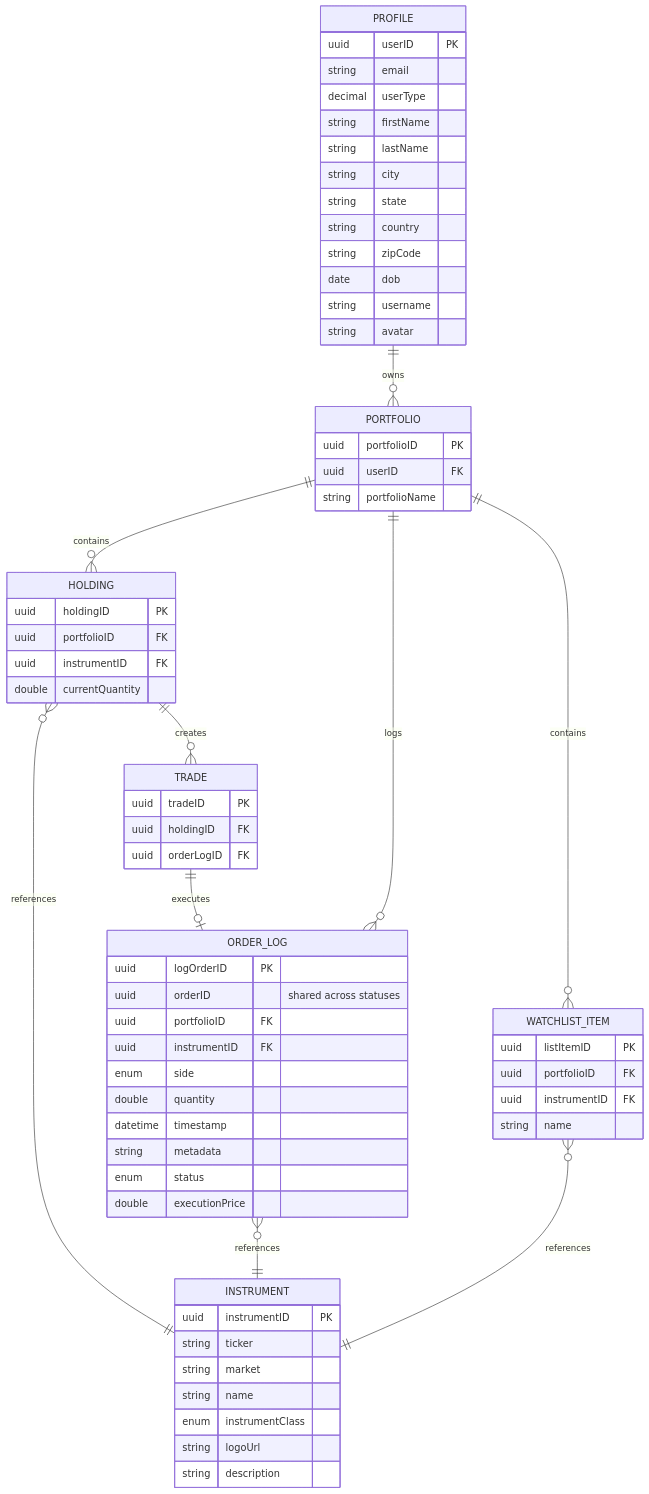
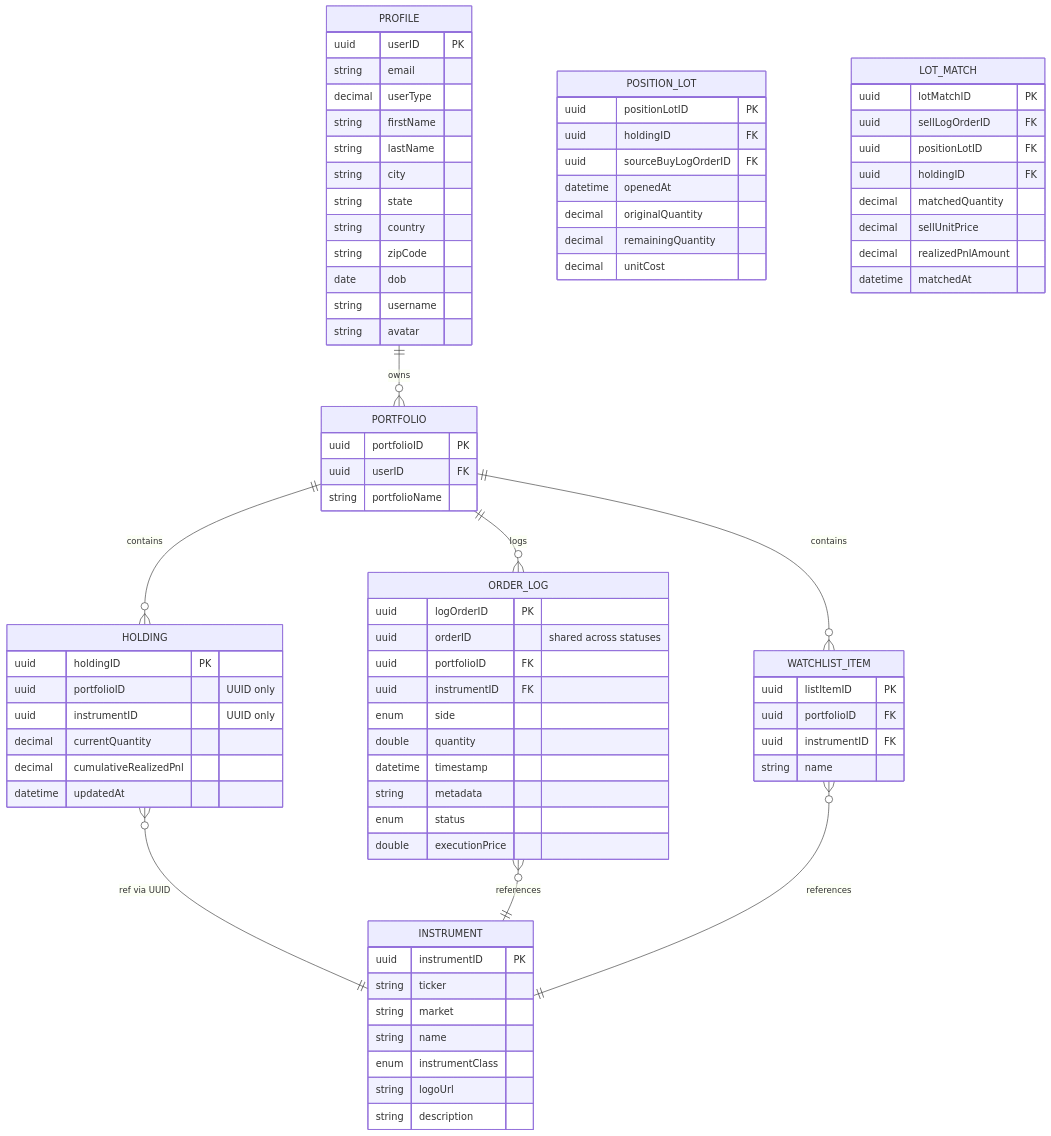
The diagram in backend/src/main/java/io/github/jackhudsonn/jaakd/model/MODEL_DIAGRAM.md (jackhudsonn/JAAKD), drawn with Mermaid before and after one commit. The commit also changed other lines of this file and 46 other files, not shown here.

Commit message:
fix/update backend structure, fifo implementation, user type verification, reconciliation, add tests

````diff
--- a/backend/src/main/java/io/github/jackhudsonn/jaakd/model/MODEL_DIAGRAM.md
+++ b/backend/src/main/java/io/github/jackhudsonn/jaakd/model/MODEL_DIAGRAM.md
@@ -5,76 +7,91 @@
 ```mermaid
 erDiagram
-    PROFILE ||--o{ PORTFOLIO : owns
-    PORTFOLIO ||--o{ HOLDING : contains
-    PORTFOLIO ||--o{ ORDER_LOG : logs
-    PORTFOLIO ||--o{ WATCHLIST_ITEM : contains
-    HOLDING }o--|| INSTRUMENT : "references"
-    ORDER_LOG }o--|| INSTRUMENT : "references"
-    WATCHLIST_ITEM }o--|| INSTRUMENT : "references"
-    HOLDING ||--o{ TRADE : "creates"
-    TRADE ||--o| ORDER_LOG : "executes"
+  PROFILE ||--o{ PORTFOLIO : owns
+  PORTFOLIO ||--o{ HOLDING : contains
+  PORTFOLIO ||--o{ ORDER_LOG : logs
+  PORTFOLIO ||--o{ WATCHLIST_ITEM : contains
+  HOLDING }o--|| INSTRUMENT : "ref via UUID"
+  ORDER_LOG }o--|| INSTRUMENT : "references"
+  WATCHLIST_ITEM }o--|| INSTRUMENT : "references"
 
-    PROFILE {
-        uuid userID PK
-        string email
-        decimal userType
-        string firstName
-        string lastName
-        string city
-        string state
-        string country
-        string zipCode
-        date dob
-        string username
-        string avatar
-    }
+  PROFILE {
+    uuid userID PK
+    string email
+    decimal userType
+    string firstName
+    string lastName
+    string city
+    string state
+    string country
+    string zipCode
+    date dob
+    string username
+    string avatar
+  }
 
-    PORTFOLIO {
-        uuid portfolioID PK
-        uuid userID FK
-        string portfolioName
-    }
+  PORTFOLIO {
+    uuid portfolioID PK
+    uuid userID FK
+    string portfolioName
+  }
 
-    HOLDING {
-        uuid holdingID PK
-        uuid portfolioID FK
-        uuid instrumentID FK
-        double currentQuantity
-    }
+  HOLDING {
+    uuid holdingID PK
+    uuid portfolioID "UUID only"
+    uuid instrumentID "UUID only"
+    decimal currentQuantity
+    decimal cumulativeRealizedPnl
+    datetime updatedAt
+  }
 
-    INSTRUMENT {
-        uuid instrumentID PK
-        string ticker
-        string market
-        string name
-        enum instrumentClass
-        string logoUrl
-        string description
-    }
+  POSITION_LOT {
+    uuid positionLotID PK
+    uuid holdingID FK
+    uuid sourceBuyLogOrderID FK
+    datetime openedAt
+    decimal originalQuantity
+    decimal remainingQuantity
+    decimal unitCost
+  }
 
-    ORDER_LOG {
-        uuid logOrderID PK
-        uuid orderID "shared across statuses"
-        uuid portfolioID FK
-        uuid instrumentID FK
-        enum side
-        double quantity
-        datetime timestamp
-        string metadata
-        enum status
-        double executionPrice
-    }
+  LOT_MATCH {
+    uuid lotMatchID PK
+    uuid sellLogOrderID FK
+    uuid positionLotID FK
+    uuid holdingID FK
+    decimal matchedQuantity
+    decimal sellUnitPrice
+    decimal realizedPnlAmount
+    datetime matchedAt
+  }
 
-    TRADE {
-        uuid tradeID PK
-        uuid holdingID FK
-        uuid orderLogID FK
-    }
+  INSTRUMENT {
+    uuid instrumentID PK
+    string ticker
+    string market
+    string name
+    enum instrumentClass
+    string logoUrl
+    string description
+  }
 
-    WATCHLIST_ITEM {
-        uuid listItemID PK
-        uuid portfolioID FK
-        uuid instrumentID FK
-        string name
-    }
+  ORDER_LOG {
+    uuid logOrderID PK
+    uuid orderID "shared across statuses"
+    uuid portfolioID FK
+    uuid instrumentID FK
+    enum side
+    double quantity
+    datetime timestamp
+    string metadata
+    enum status
+    double executionPrice
+  }
+
+  WATCHLIST_ITEM {
+    uuid listItemID PK
+    uuid portfolioID FK
+    uuid instrumentID FK
+    string name
+  }
 ```
````
